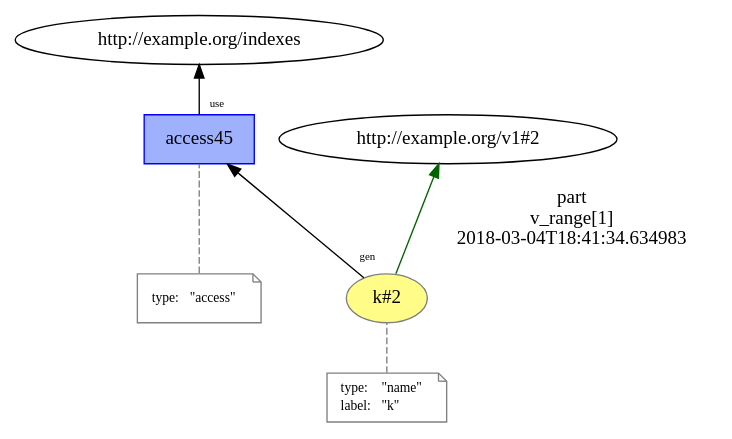
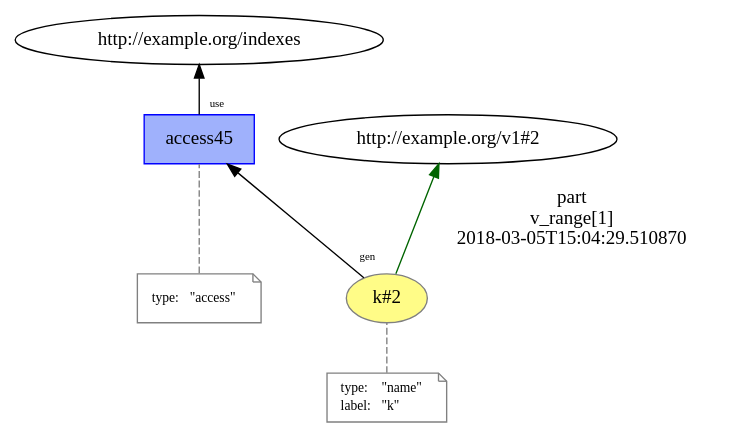
The diagram in images/mutable_prov/temp/L9__loop_access_2.dot (dew-uff/versioned-prov), drawn with Graphviz before and after one commit. The commit also changed 1735 other files, not shown here.

```diff
--- a/images/mutable_prov/temp/L9__loop_access_2.dot
+++ b/images/mutable_prov/temp/L9__loop_access_2.dot
@@ -1,27 +1,27 @@
 digraph "PROV" { size="16,12"; rankdir="BT";
 "http://example.org/k#2" [fillcolor="#FFFC87",color="#808080",style="filled",label="k#2",URL="http://example.org/k#2"]
 "-attrs0" [color="gray",shape="note",fontsize="10",fontcolor="black",label=<<TABLE cellpadding="0" border="0">
 	<TR>
 	    <TD align="left">type:</TD>
 	    <TD align="left">&quot;name&quot;</TD>
 	</TR>
 	<TR>
 	    <TD align="left">label:</TD>
 	    <TD align="left">&quot;k&quot;</TD>
 	</TR>
 </TABLE>>]
 "-attrs0" -> "http://example.org/k#2" [color="gray",style="dashed",arrowhead="none"]
 "http://example.org/k#2" -> "http://example.org/v1#2" [labelfontsize="8",labeldistance="1.5",color="darkgreen",labelangle="60.0",rotation="20",label="part
 v_range[1]
-2018-03-04T18:41:34.634983"]
+2018-03-05T15:04:29.510870"]
 "http://example.org/access45" [fillcolor="#9FB1FC",color="#0000FF",shape="polygon",sides="4",style="filled",label="access45",URL="http://example.org/access45"]
 "-attrs1" [color="gray",shape="note",fontsize="10",fontcolor="black",label=<<TABLE cellpadding="0" border="0">
 	<TR>
 	    <TD align="left">type:</TD>
 	    <TD align="left">&quot;access&quot;</TD>
 	</TR>
 </TABLE>>]
 "-attrs1" -> "http://example.org/access45" [color="gray",style="dashed",arrowhead="none"]
 "http://example.org/access45" -> "http://example.org/indexes" [labelfontsize="8",labeldistance="1.5",labelangle="60.0",rotation="20",taillabel="use"]
 "http://example.org/k#2" -> "http://example.org/access45" [labelfontsize="8",labeldistance="1.5",labelangle="60.0",rotation="20",taillabel="gen"]
 }
```
